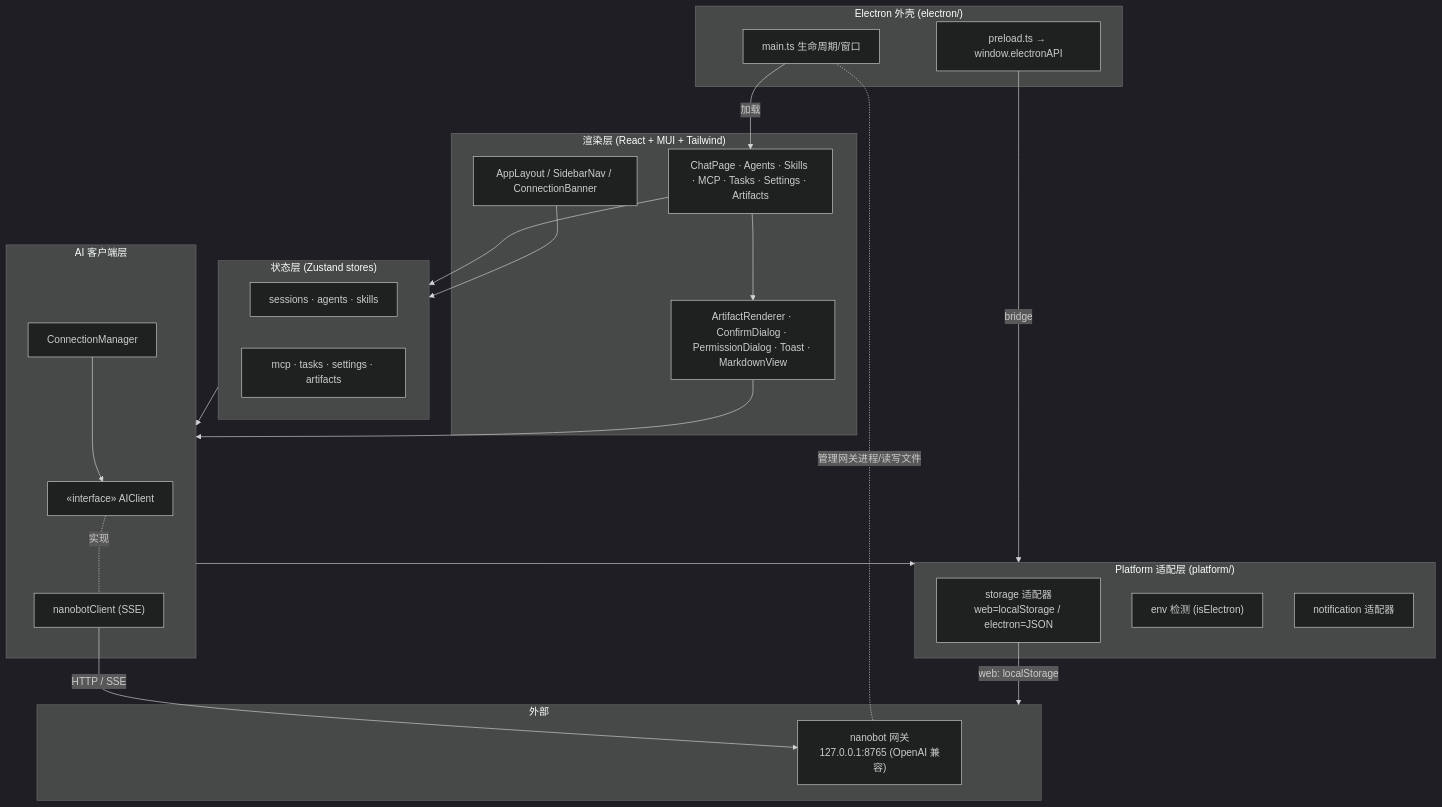
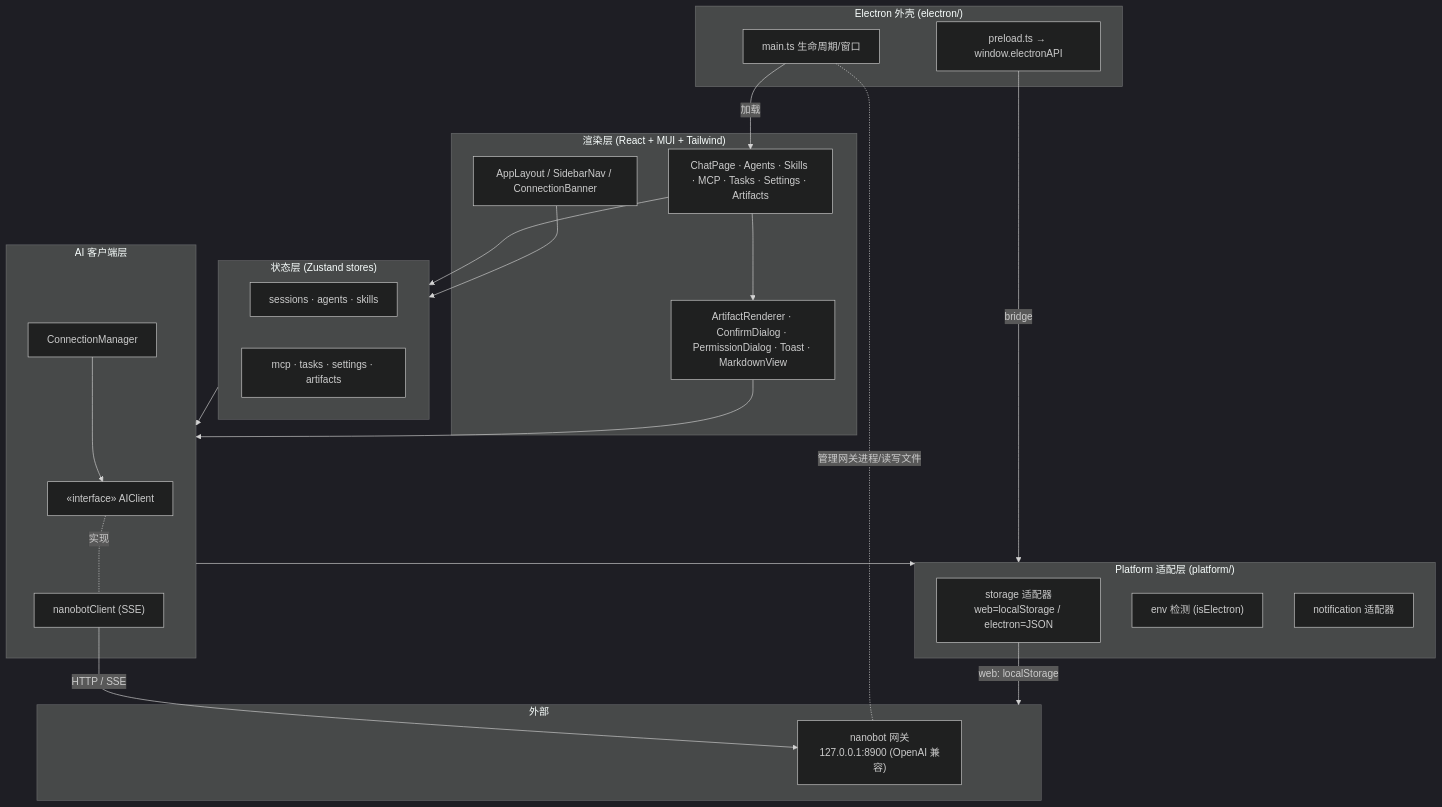
Before and after one commit to bwshark/NanoWork: the first of 5 diagrams in docs/architecture.md, drawn with Mermaid (dark theme). The commit also changed other lines of this file and 38 other files, not shown here.

````diff
--- a/docs/architecture.md
+++ b/docs/architecture.md
@@ -27,43 +29,43 @@
 ```mermaid
 flowchart TB
   subgraph UI["渲染层 (React + MUI + Tailwind)"]
     LAYOUT["AppLayout / SidebarNav / ConnectionBanner"]
     PAGES["ChatPage · Agents · Skills · MCP · Tasks · Settings · Artifacts"]
     SHARED["ArtifactRenderer · ConfirmDialog · PermissionDialog · Toast · MarkdownView"]
   end
   subgraph STATE["状态层 (Zustand stores)"]
     SX["sessions · agents · skills"] 
     MX["mcp · tasks · settings · artifacts"]
   end
   subgraph AI["AI 客户端层"]
     IFACE["«interface» AIClient"]
     NANO["nanobotClient (SSE)"]
     CM["ConnectionManager"]
   end
   subgraph PLAT["Platform 适配层 (platform/)"]
     STOR["storage 适配器<br/>web=localStorage / electron=JSON"]
     ENV["env 检测 (isElectron)"]
     NOTI["notification 适配器"]
   end
   subgraph SHELL["Electron 外壳 (electron/)"]
     MAIN["main.ts 生命周期/窗口"]
     PRE["preload.ts → window.electronAPI"]
   end
   subgraph EXT["外部"]
-    GW["nanobot 网关<br/>127.0.0.1:8765 (OpenAI 兼容)"]
+    GW["nanobot 网关<br/>127.0.0.1:8900 (OpenAI 兼容)"]
   end
 
   PAGES --> SHARED
   PAGES --> STATE
   LAYOUT --> STATE
   STATE --> AI
   SHARED --> AI
   IFACE -.实现.- NANO
   CM --> IFACE
   AI --> PLAT
   NANO -->|HTTP / SSE| GW
   STOR -->|web: localStorage| EXT
   MAIN -->|加载| PAGES
   PRE -->|bridge| PLAT
   MAIN -.管理网关进程/读写文件.- GW
 ```
````
